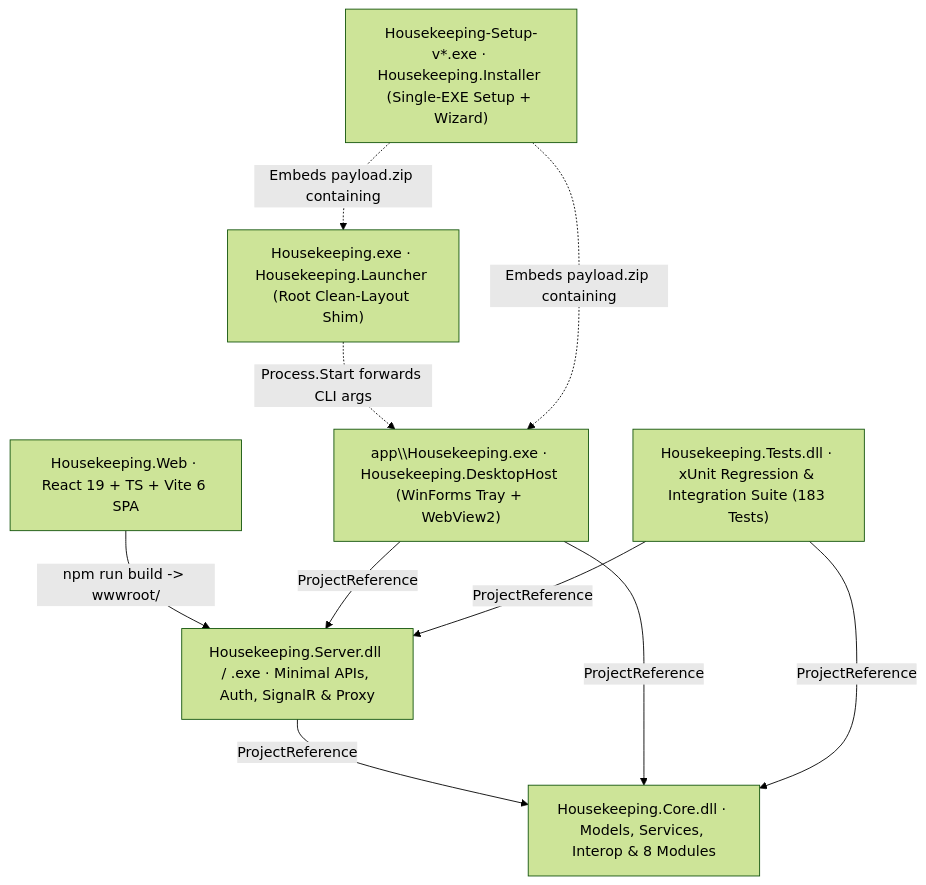
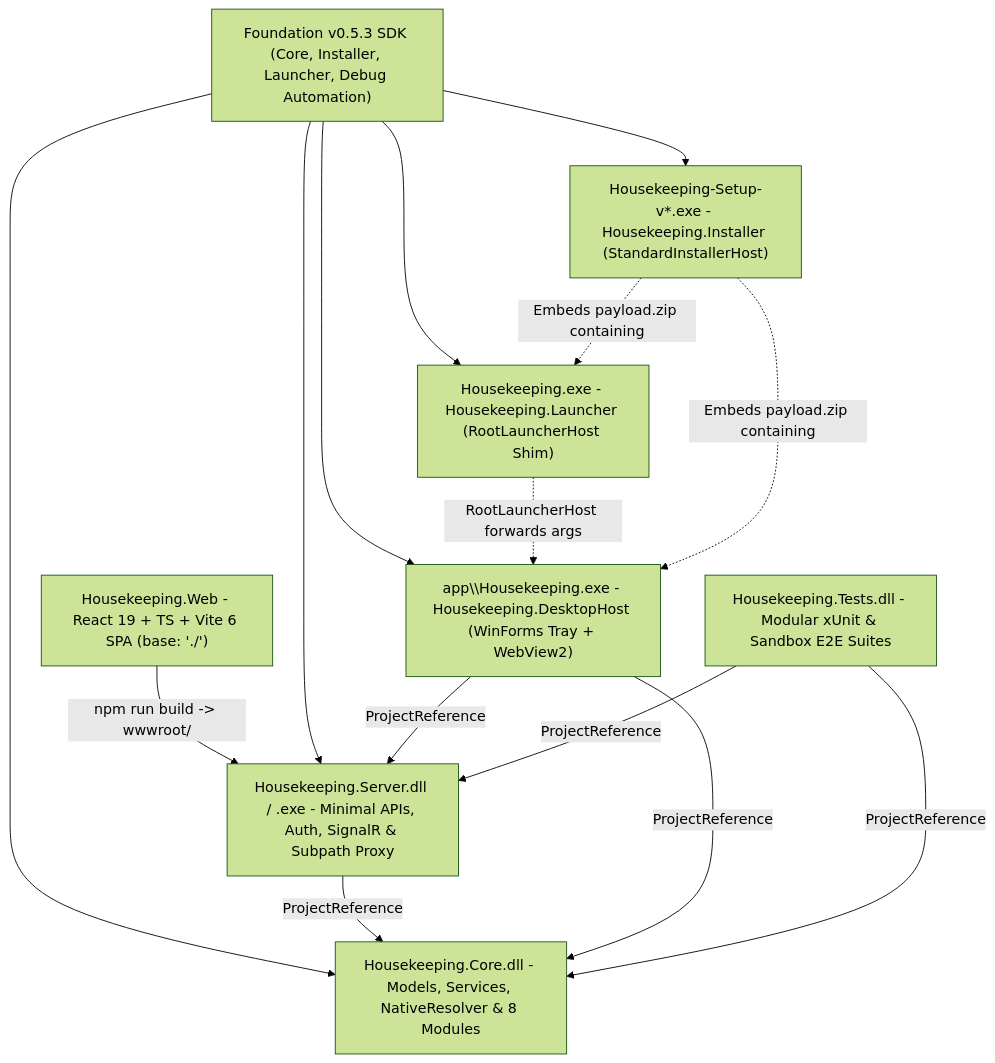
One commit to StreamItAllGit/Housekeeping changed the second of 2 diagrams in Dev/docs/ARCHITECTURE.md. Above: the diagram before and after it, drawn with Mermaid (forest theme). The commit also changed other lines of this file and 20 other files, not shown here.

````diff
--- a/Dev/docs/ARCHITECTURE.md
+++ b/Dev/docs/ARCHITECTURE.md
@@ -80,20 +80,26 @@
 ```mermaid
 flowchart TD
-    WEB["Housekeeping.Web · React 19 + TS + Vite 6 SPA"]
-    CORE["Housekeeping.Core.dll · Models, Services, Interop & 8 Modules"]
-    SRV["Housekeeping.Server.dll / .exe · Minimal APIs, Auth, SignalR & Proxy"]
-    HOST["app\\Housekeeping.exe · Housekeeping.DesktopHost (WinForms Tray + WebView2)"]
-    SHIM["Housekeeping.exe · Housekeeping.Launcher (Root Clean-Layout Shim)"]
-    INST["Housekeeping-Setup-v*.exe · Housekeeping.Installer (Single-EXE Setup + Wizard)"]
-    TESTS["Housekeeping.Tests.dll · xUnit Regression & Integration Suite (183 Tests)"]
+    WEB["Housekeeping.Web - React 19 + TS + Vite 6 SPA (base: './')"]
+    FND["Foundation v0.5.3 SDK (Core, Installer, Launcher, Debug Automation)"]
+    CORE["Housekeeping.Core.dll - Models, Services, NativeResolver & 8 Modules"]
+    SRV["Housekeeping.Server.dll / .exe - Minimal APIs, Auth, SignalR & Subpath Proxy"]
+    HOST["app\\Housekeeping.exe - Housekeeping.DesktopHost (WinForms Tray + WebView2)"]
+    SHIM["Housekeeping.exe - Housekeeping.Launcher (RootLauncherHost Shim)"]
+    INST["Housekeeping-Setup-v*.exe - Housekeeping.Installer (StandardInstallerHost)"]
+    TESTS["Housekeeping.Tests.dll - Modular xUnit & Sandbox E2E Suites"]
 
     WEB -->|"npm run build -> wwwroot/"| SRV
+    FND --> CORE
+    FND --> SRV
+    FND --> HOST
+    FND --> SHIM
+    FND --> INST
     SRV -->|"ProjectReference"| CORE
     HOST -->|"ProjectReference"| SRV
     HOST -->|"ProjectReference"| CORE
     TESTS -->|"ProjectReference"| SRV
     TESTS -->|"ProjectReference"| CORE
-    SHIM -.->|"Process.Start forwards CLI args"| HOST
+    SHIM -.->|"RootLauncherHost forwards args"| HOST
     INST -.->|"Embeds payload.zip containing"| SHIM
     INST -.->|"Embeds payload.zip containing"| HOST
 ```
````
